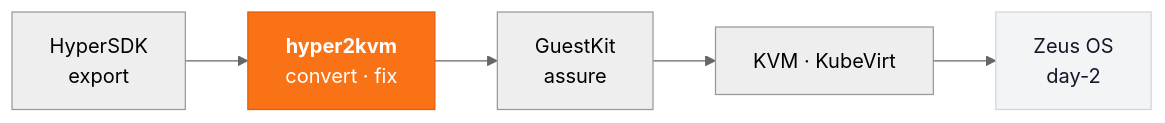
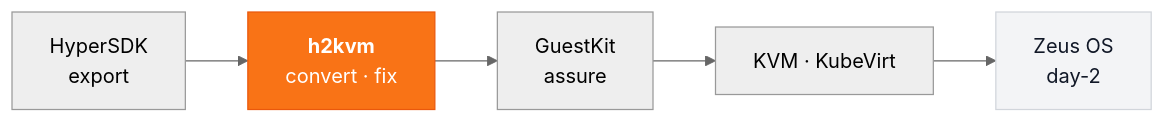
Before and after one commit to zyvorai/h2kvm: the diagram in README.md, drawn with Mermaid (neutral theme). The commit also changed other lines of this file and 2146 other files, not shown here.

First line of the commit message:
Rename project hyper2kvm -> h2kvm

````diff
--- a/README.md
+++ b/README.md
@@ -200,12 +200,12 @@
 ```mermaid
 flowchart LR
-    H["HyperSDK<br/>export"] --> K["<b>hyper2kvm</b><br/>convert · fix"]
+    H["HyperSDK<br/>export"] --> K["<b>h2kvm</b><br/>convert · fix"]
     K --> G["GuestKit<br/>assure"]
     G --> T["KVM · KubeVirt"]
     T --> Z["Zeus OS<br/>day-2"]
 
     classDef accent fill:#F97316,stroke:#EA580C,color:#fff;
     classDef muted fill:#F3F4F6,stroke:#D1D5DB,color:#111827;
     class K accent;
     class Z muted;
 ```
````
